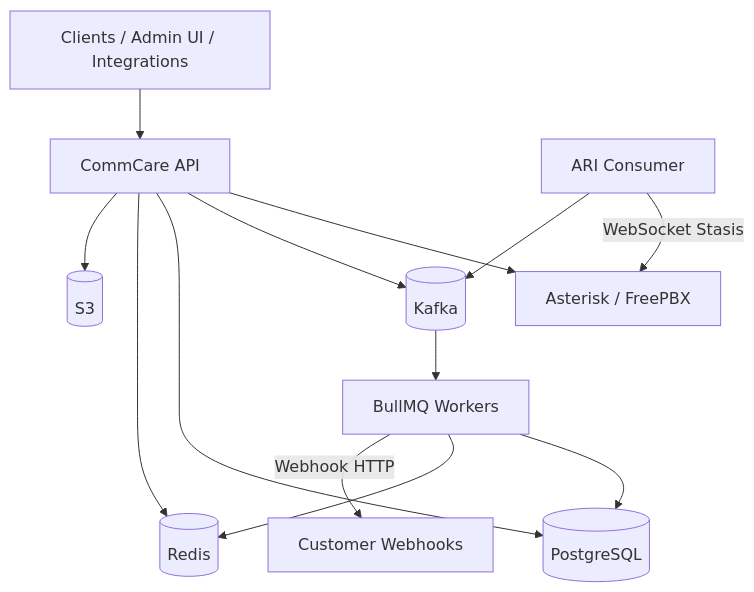
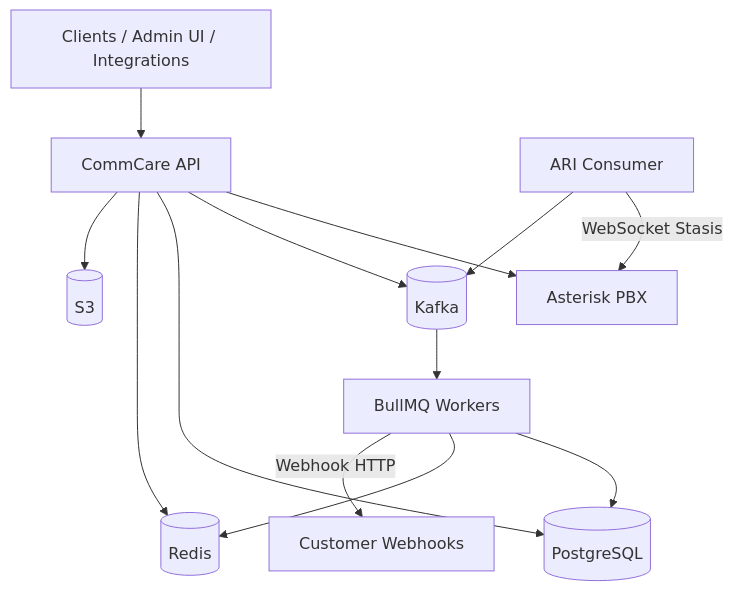
The diagram in README.md (Kapilrohilla/CommCare), drawn with Mermaid before and after one commit. The commit also changed other lines of this file and 48 other files, not shown here.

````diff
--- a/README.md
+++ b/README.md
@@ -9,25 +9,25 @@
 ```mermaid
 flowchart TB
     Clients[Clients / Admin UI / Integrations]
     API[CommCare API]
     ARIConsumer[ARI Consumer]
     Workers[BullMQ Workers]
-    Asterisk[Asterisk / FreePBX]
+    Asterisk[Asterisk PBX]
     PG[(PostgreSQL)]
     Redis[(Redis)]
     Kafka[(Kafka)]
     S3[(S3)]
 
     Clients --> API
     API --> Asterisk
     ARIConsumer -->|WebSocket Stasis| Asterisk
     ARIConsumer --> Kafka
     API --> Kafka
     Kafka --> Workers
     Workers --> PG
     API --> PG
     API --> Redis
     Workers --> Redis
     API --> S3
     Workers -->|Webhook HTTP| Integrations[Customer Webhooks]
 ```
````
